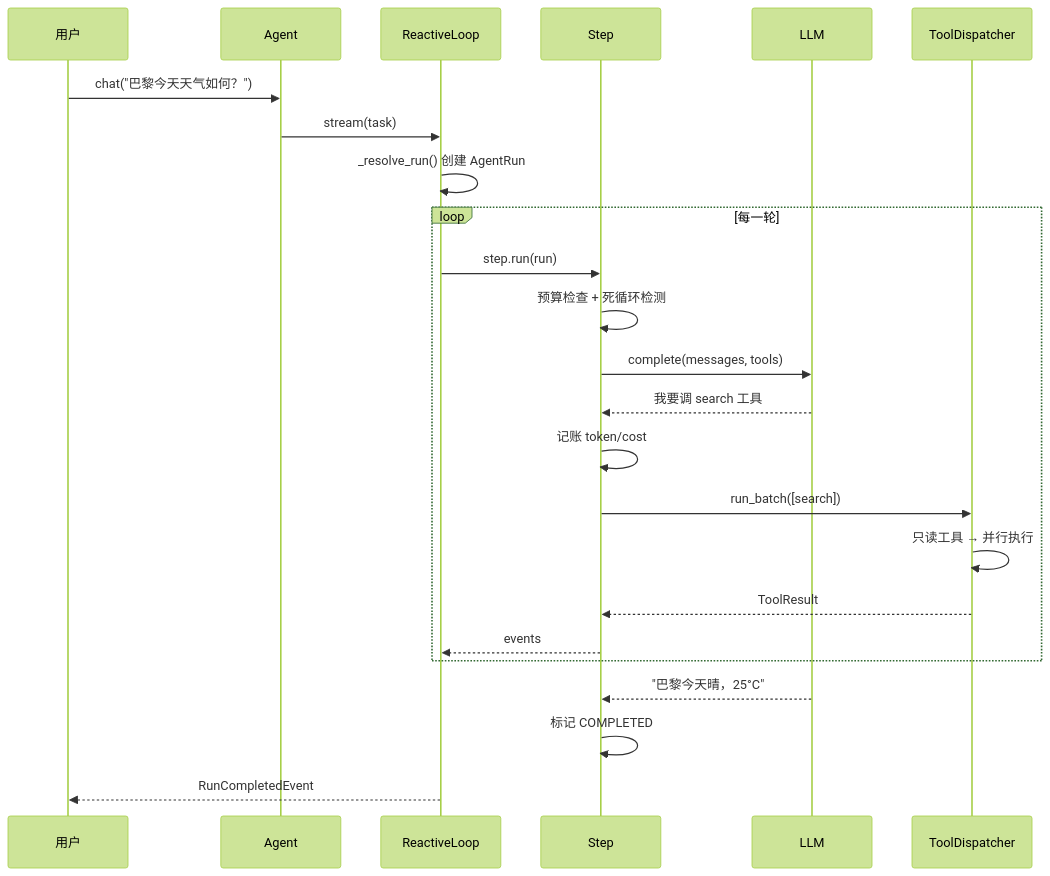
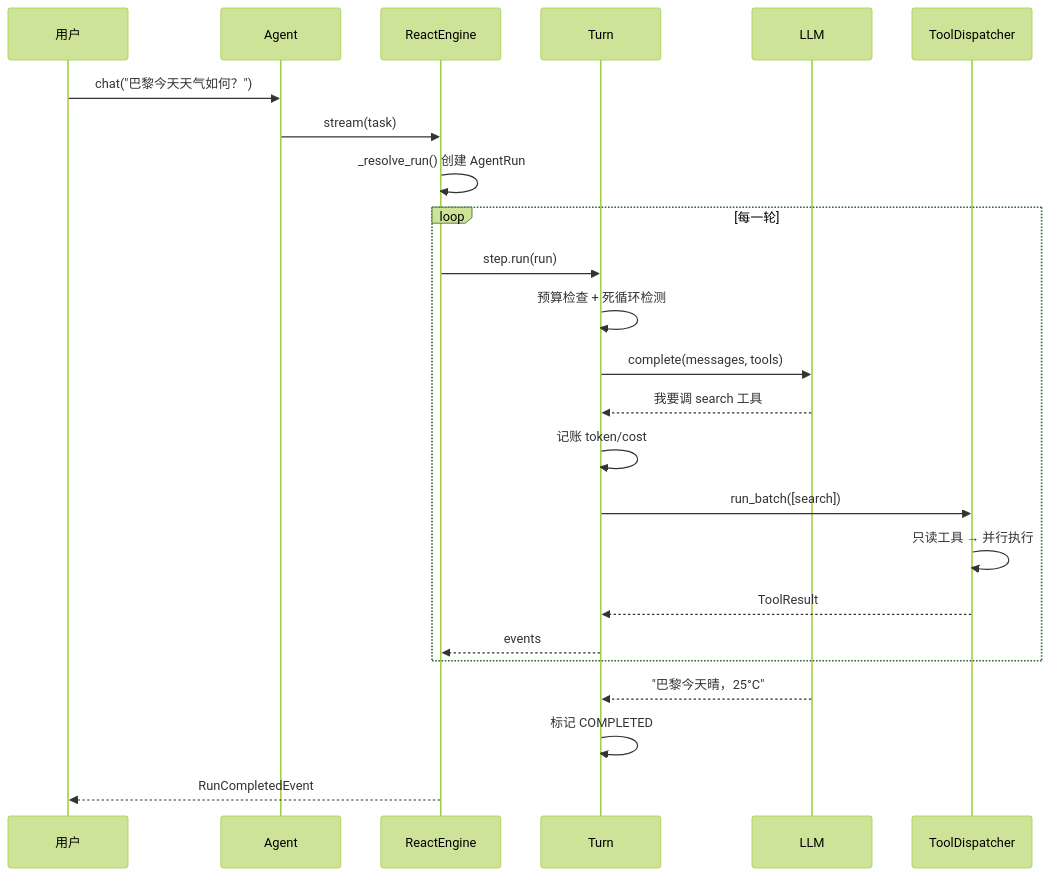
Before and after one commit to limenagent/prodagent: the diagram in docs/book/ch00.md, drawn with Mermaid (forest theme). The commit also changed 133 other files, not shown here.

````diff
--- a/docs/book/ch00.md
+++ b/docs/book/ch00.md
@@ -155,26 +155,26 @@
 ```mermaid
 sequenceDiagram
     participant U as 用户
     participant A as Agent
-    participant L as ReactiveLoop
-    participant S as Step
+    participant L as ReactEngine
+    participant S as Turn
     participant M as LLM
     participant T as ToolDispatcher
     U->>A: chat("巴黎今天天气如何？")
     A->>L: stream(task)
     L->>L: _resolve_run() 创建 AgentRun
     loop 每一轮
         L->>S: step.run(run)
         S->>S: 预算检查 + 死循环检测
         S->>M: complete(messages, tools)
         M-->>S: 我要调 search 工具
         S->>S: 记账 token/cost
         S->>T: run_batch([search])
         T->>T: 只读工具 → 并行执行
         T-->>S: ToolResult
         S-->>L: events
     end
     M-->>S: "巴黎今天晴，25°C"
     S->>S: 标记 COMPLETED
     L-->>U: RunCompletedEvent
 ```
````
